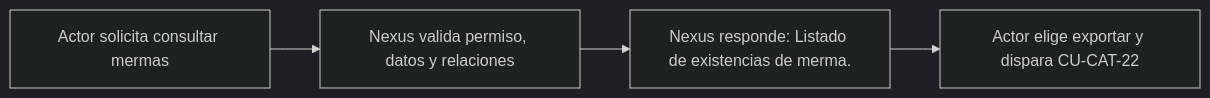
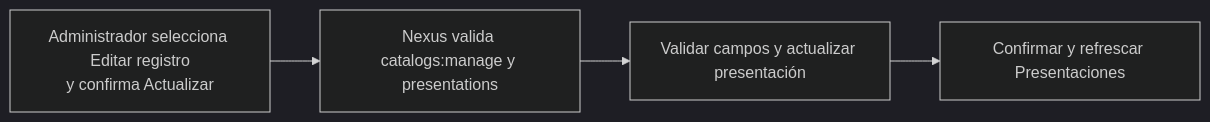
One commit to gpgsistemas01/nexus changed the diagram in docs/requirements/diagrams/catalogs/cu-cat-18.md. Above: the diagram before and after it, drawn with Mermaid (dark theme). The commit also changed other lines of this file and 287 other files, not shown here.

````diff
--- a/docs/requirements/diagrams/catalogs/cu-cat-18.md
+++ b/docs/requirements/diagrams/catalogs/cu-cat-18.md
@@ -3,6 +3,6 @@
 ```mermaid
 flowchart LR
-    request["Actor solicita consultar mermas"] --> validate["Nexus valida permiso, datos y relaciones"]
-    validate --> result["Nexus responde: Listado de existencias de merma."]
-    result --> report["Actor elige exportar y dispara CU-CAT-22"]
+    request["Administrador selecciona Editar registro<br/>y confirma Actualizar"] --> authorize["Nexus valida catalogs:manage y presentations"]
+    authorize --> persist["Validar campos y actualizar presentación"]
+    persist --> result["Confirmar y refrescar Presentaciones"]
 ```
````
